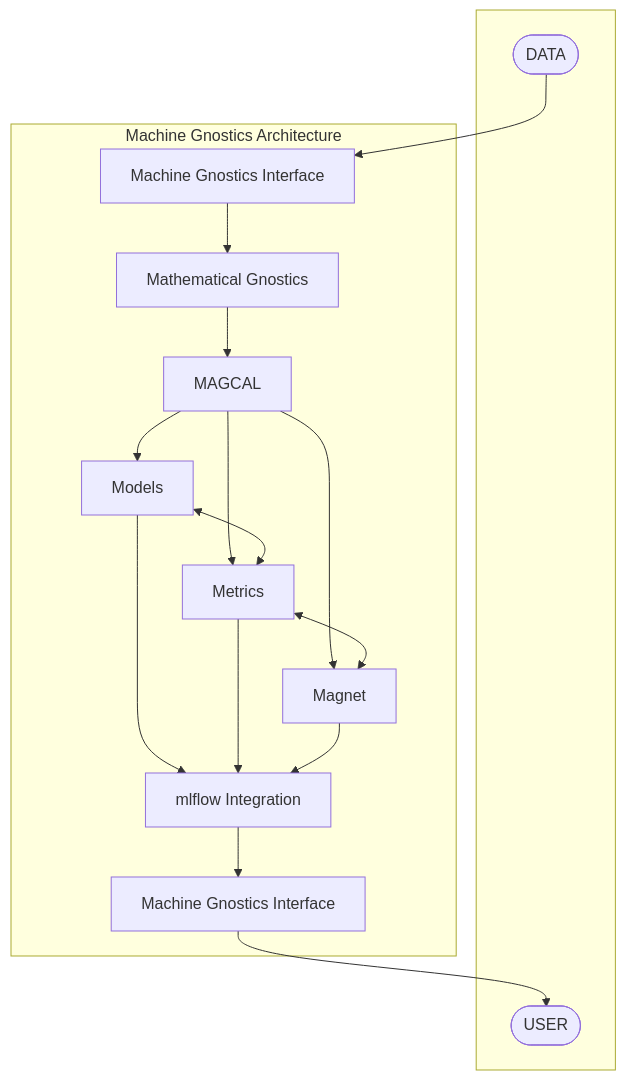
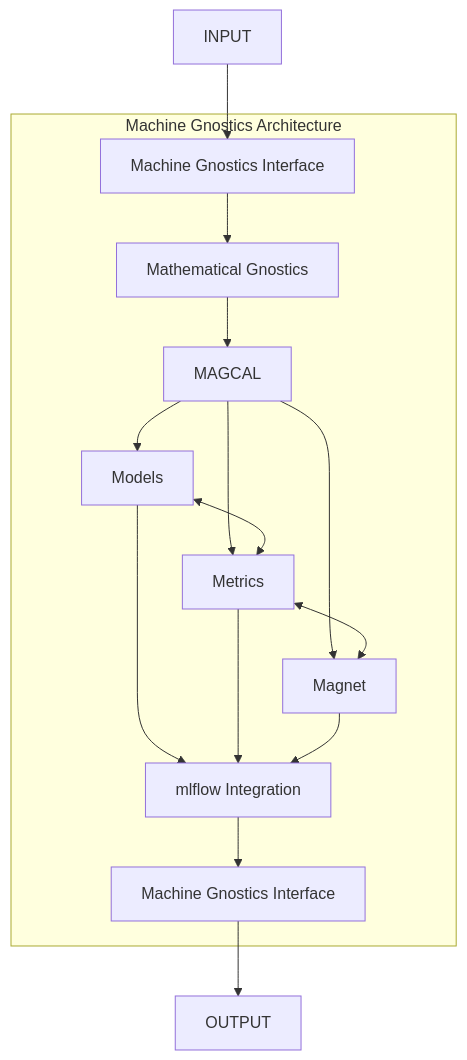
The diagram in docs/mg/architecture.md (MachineGnostics/machinegnostics.io), drawn with Mermaid before and after one commit. The commit also changed other lines of this file and 15 other files, not shown here.

````diff
--- a/docs/mg/architecture.md
+++ b/docs/mg/architecture.md
@@ -9,30 +10,28 @@
 ```mermaid
 flowchart TD
-    subgraph EXT[" "]
-        DATA(["DATA"])
-        USER(["USER"])
-    end
+    DATA["INPUT"]
+    USER["OUTPUT"]
     subgraph MG_SYS["Machine Gnostics Architecture"]
         IFACE1["Machine Gnostics Interface"]
         MGTheory["Mathematical Gnostics"]
         MAGCAL["MAGCAL"]
         Models["Models"]
         Metrics["Metrics"]
         Magnet["Magnet"]
         MLFlow["mlflow Integration"]
         IFACE2["Machine Gnostics Interface"]
     end
     DATA --> IFACE1
     IFACE1 --> MGTheory
     MGTheory --> MAGCAL
     MAGCAL --> Models
     MAGCAL --> Metrics
     MAGCAL --> Magnet
     Models <--> Metrics
     Metrics <--> Magnet
     Models --> MLFlow
     Metrics --> MLFlow
     Magnet --> MLFlow
     MLFlow --> IFACE2
     IFACE2 --> USER
 ```
````
